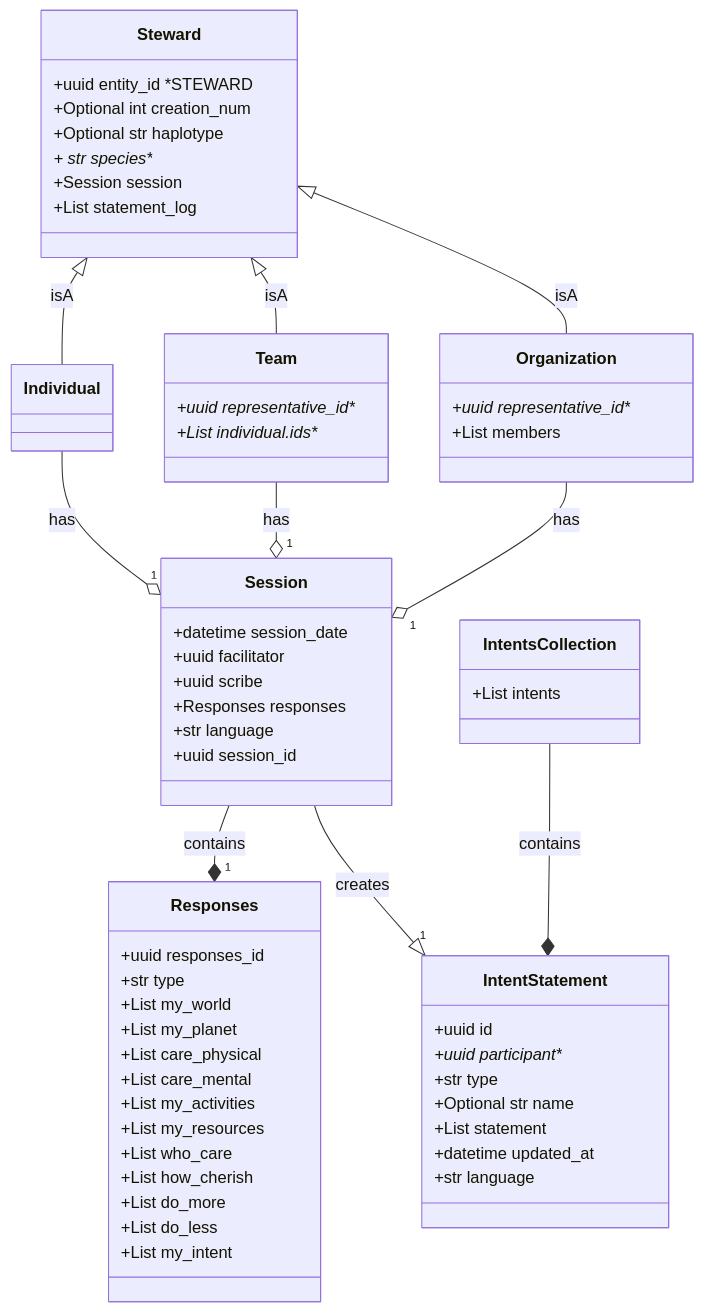
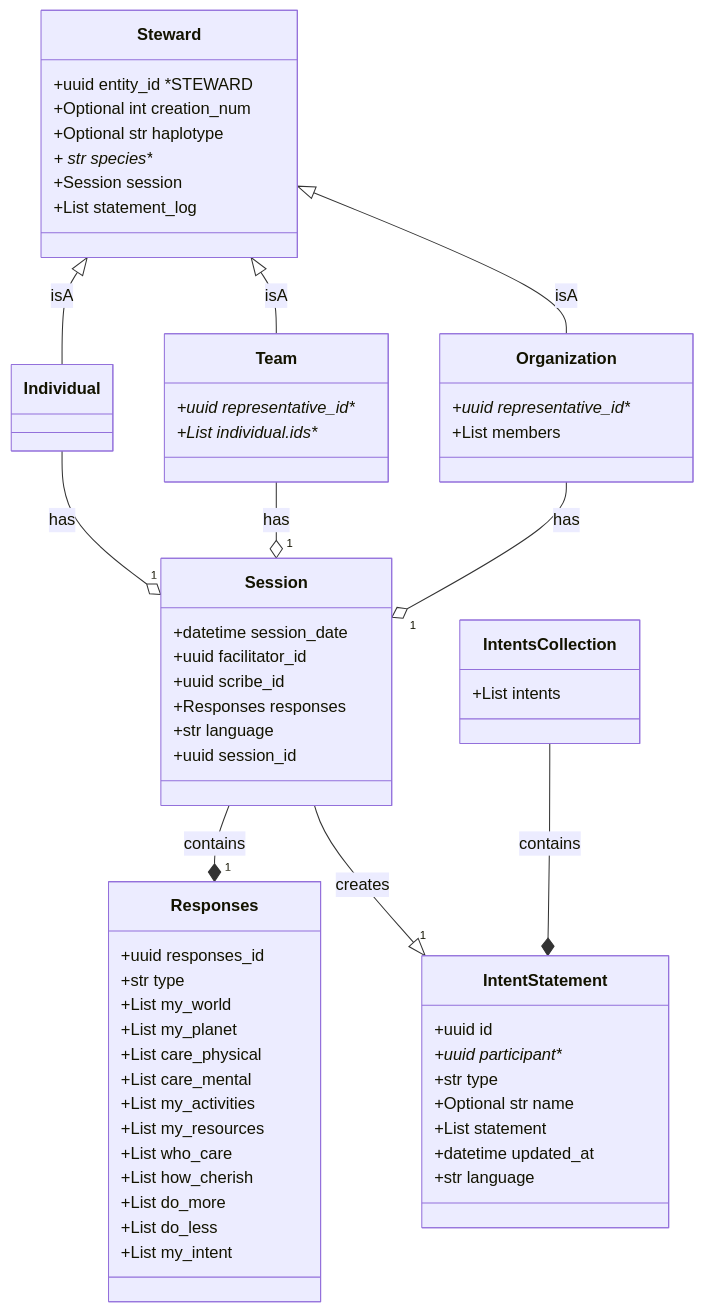
The diagram in docs/data_models_diagram.md (drew-wks/intent-for-the-planet), drawn with Mermaid before and after one commit.

````diff
--- a/docs/data_models_diagram.md
+++ b/docs/data_models_diagram.md
@@ -5,66 +5,66 @@
 ```mermaid
 classDiagram
     class Steward {
         +uuid entity_id *STEWARD
         +Optional int creation_num
         +Optional str haplotype
         + str species**
         +Session session
         +List statement_log
     }
     class Individual {
     }
     class Team {
         +uuid representative_id**
         +List individual.ids**
     }
     class Organization {
         +uuid representative_id**
         +List members
     }
     class Session {
         +datetime session_date
-        +uuid facilitator
-        +uuid scribe
+        +uuid facilitator_id
+        +uuid scribe_id
         +Responses responses
         +str language
         +uuid session_id
     }
     class Responses {
         +uuid responses_id
         +str type
         +List my_world
         +List my_planet
         +List care_physical
         +List care_mental
         +List my_activities
         +List my_resources
         +List who_care
         +List how_cherish
         +List do_more
         +List do_less
         +List my_intent
     }
     class IntentStatement {
         +uuid id
         +uuid participant**
         +str type
         +Optional str name
         +List statement
         +datetime updated_at
         +str language
     }
     class IntentsCollection {
         +List intents
     }
     IntentsCollection --* IntentStatement : contains
     Session --* "1" Responses : contains
     Steward <|-- Individual : isA
     Steward <|-- Team : isA
     Steward <|-- Organization : isA
     Session--|> "1" IntentStatement : creates
     Individual --o "1" Session : has
     Team --o "1" Session : has
     Organization --o "1" Session : has
 
 ```
````
